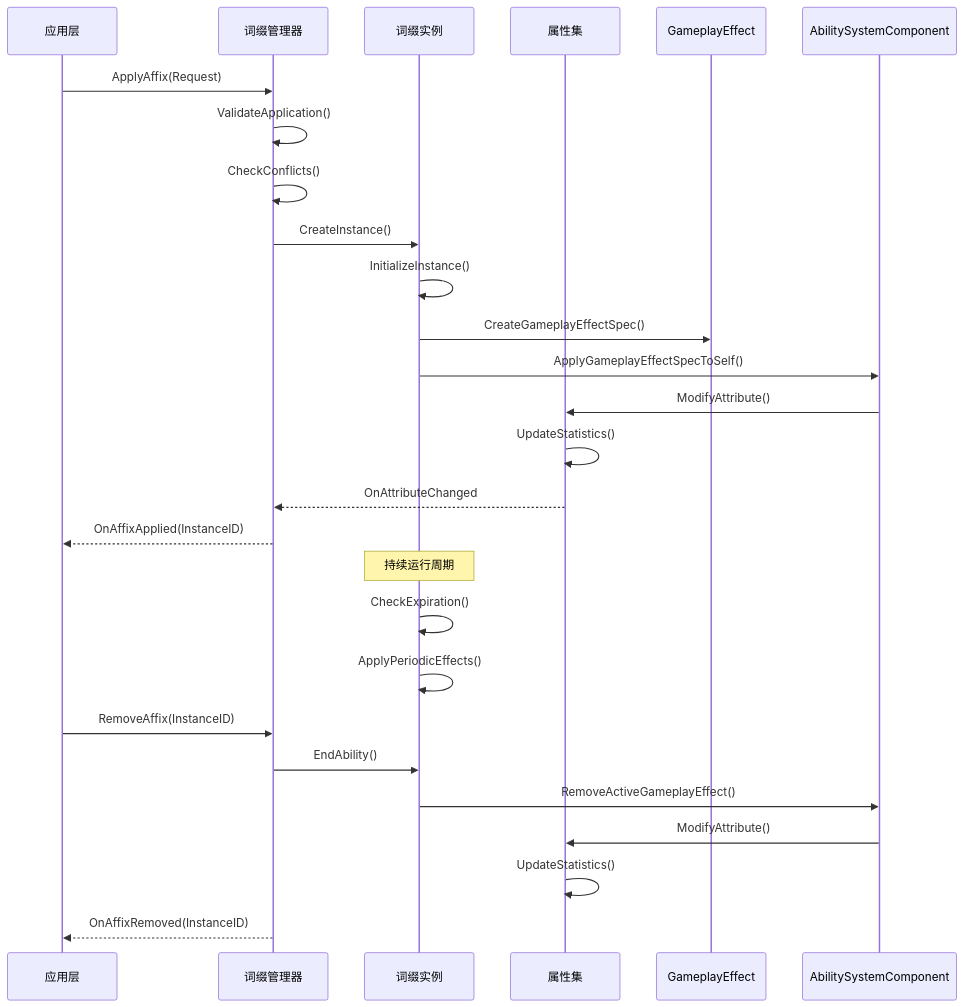
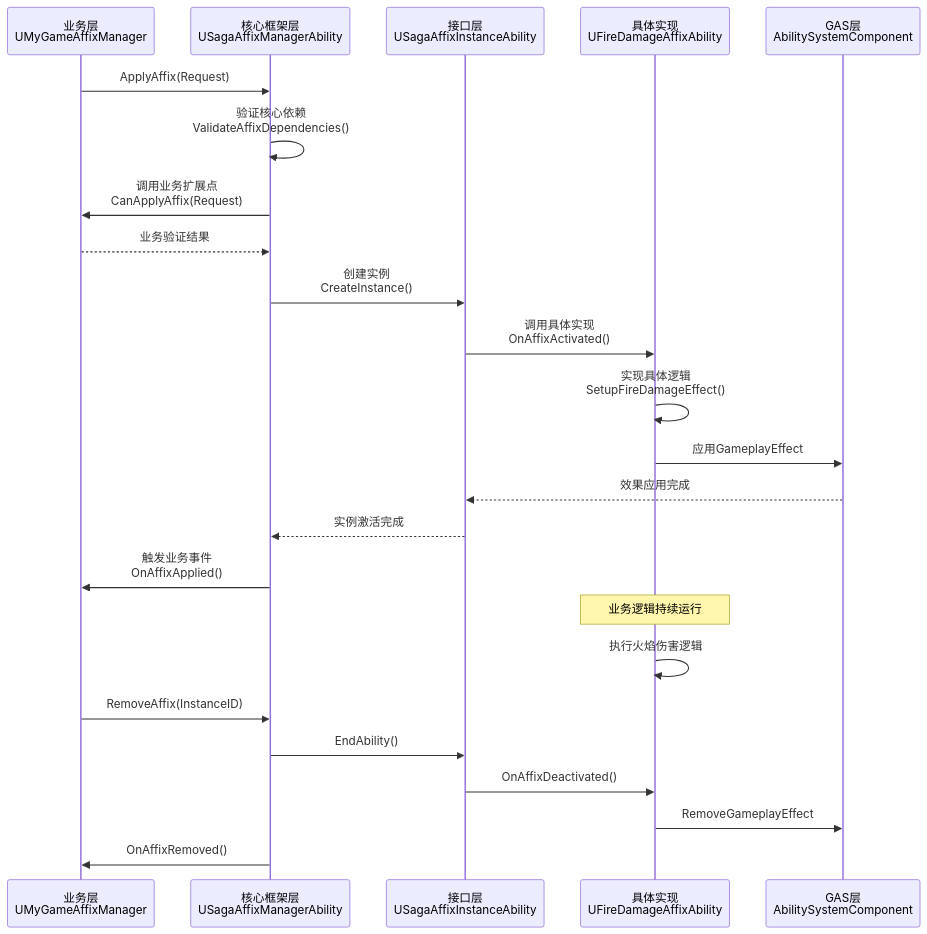
One commit to ZiJinZiMing/SagaStats changed the third of 19 diagrams in docs/SagaAffix词缀系统程序设计文档.md. Above: the diagram before and after it, drawn with Mermaid. The commit also changed other lines of this file and 7 other files, not shown here.

````diff
--- a/docs/SagaAffix词缀系统程序设计文档.md
+++ b/docs/SagaAffix词缀系统程序设计文档.md
@@ -397,32 +639,29 @@
 ```mermaid
 sequenceDiagram
-    participant App as 应用层
-    participant Manager as 词缀管理器
-    participant Instance as 词缀实例
-    participant AttributeSet as 属性集
-    participant GE as GameplayEffect
-    participant ASC as AbilitySystemComponent
+    participant Business as 业务层<br/>UMyGameAffixManager
+    participant Core as 核心框架层<br/>USagaAffixManagerAbility
+    participant Interface as 接口层<br/>USagaAffixInstanceAbility
+    participant Concrete as 具体实现<br/>UFireDamageAffixAbility
+    participant GAS as GAS层<br/>AbilitySystemComponent
     
-    App->>Manager: ApplyAffix(Request)
-    Manager->>Manager: ValidateApplication()
-    Manager->>Manager: CheckConflicts()
-    Manager->>Instance: CreateInstance()
-    Instance->>Instance: InitializeInstance()
-    Instance->>GE: CreateGameplayEffectSpec()
-    Instance->>ASC: ApplyGameplayEffectSpecToSelf()
-    ASC->>AttributeSet: ModifyAttribute()
-    AttributeSet->>AttributeSet: UpdateStatistics()
-    AttributeSet-->>Manager: OnAttributeChanged
-    Manager-->>App: OnAffixApplied(InstanceID)
+    Business->>Core: ApplyAffix(Request)
+    Core->>Core: 验证核心依赖<br/>ValidateAffixDependencies()
+    Core->>Business: 调用业务扩展点<br/>CanApplyAffix(Request)
+    Business-->>Core: 业务验证结果
+    Core->>Interface: 创建实例<br/>CreateInstance()
+    Interface->>Concrete: 调用具体实现<br/>OnAffixActivated()
+    Concrete->>Concrete: 实现具体逻辑<br/>SetupFireDamageEffect()
+    Concrete->>GAS: 应用GameplayEffect
+    GAS-->>Interface: 效果应用完成
+    Interface-->>Core: 实例激活完成
+    Core->>Business: 触发业务事件<br/>OnAffixApplied()
     
-    Note over Instance: 持续运行周期
-    Instance->>Instance: CheckExpiration()
-    Instance->>Instance: ApplyPeriodicEffects()
+    Note over Concrete: 业务逻辑持续运行
+    Concrete->>Concrete: 执行火焰伤害逻辑
     
-    App->>Manager: RemoveAffix(InstanceID)
-    Manager->>Instance: EndAbility()
-    Instance->>ASC: RemoveActiveGameplayEffect()
-    ASC->>AttributeSet: ModifyAttribute()
-    AttributeSet->>AttributeSet: UpdateStatistics()
-    Manager-->>App: OnAffixRemoved(InstanceID)
+    Business->>Core: RemoveAffix(InstanceID)
+    Core->>Interface: EndAbility()
+    Interface->>Concrete: OnAffixDeactivated()
+    Concrete->>GAS: RemoveGameplayEffect
+    Core->>Business: OnAffixRemoved()
 ```
````
